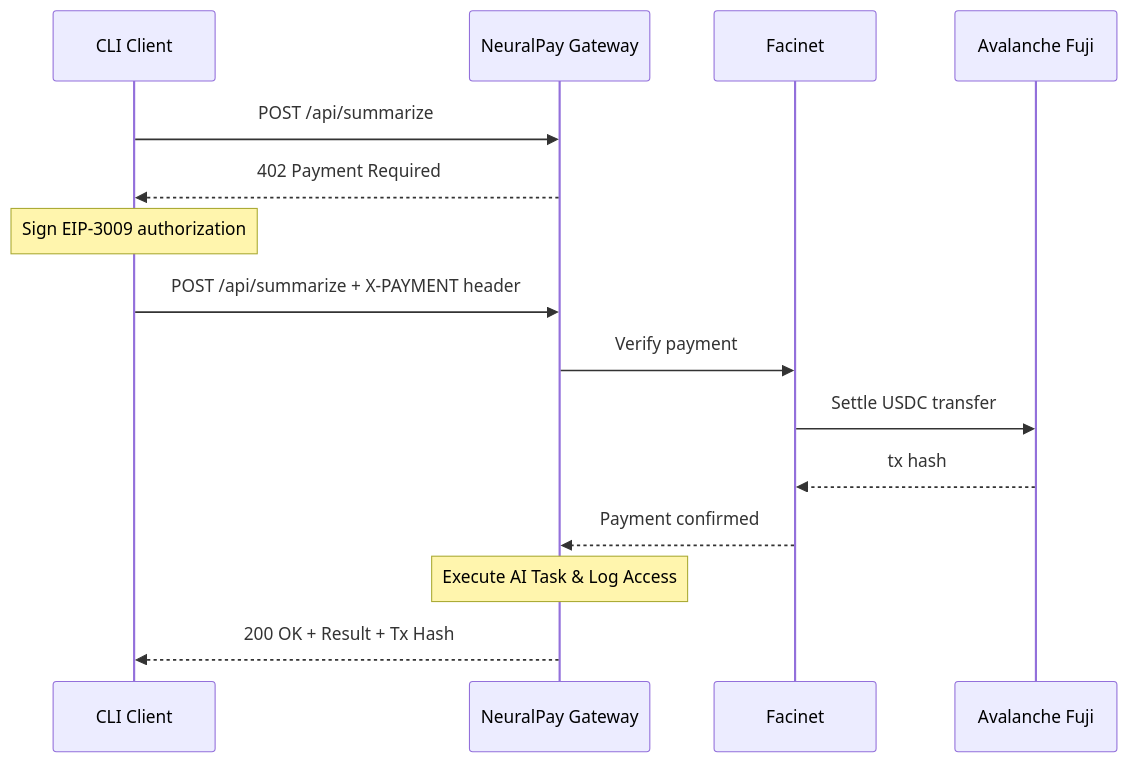
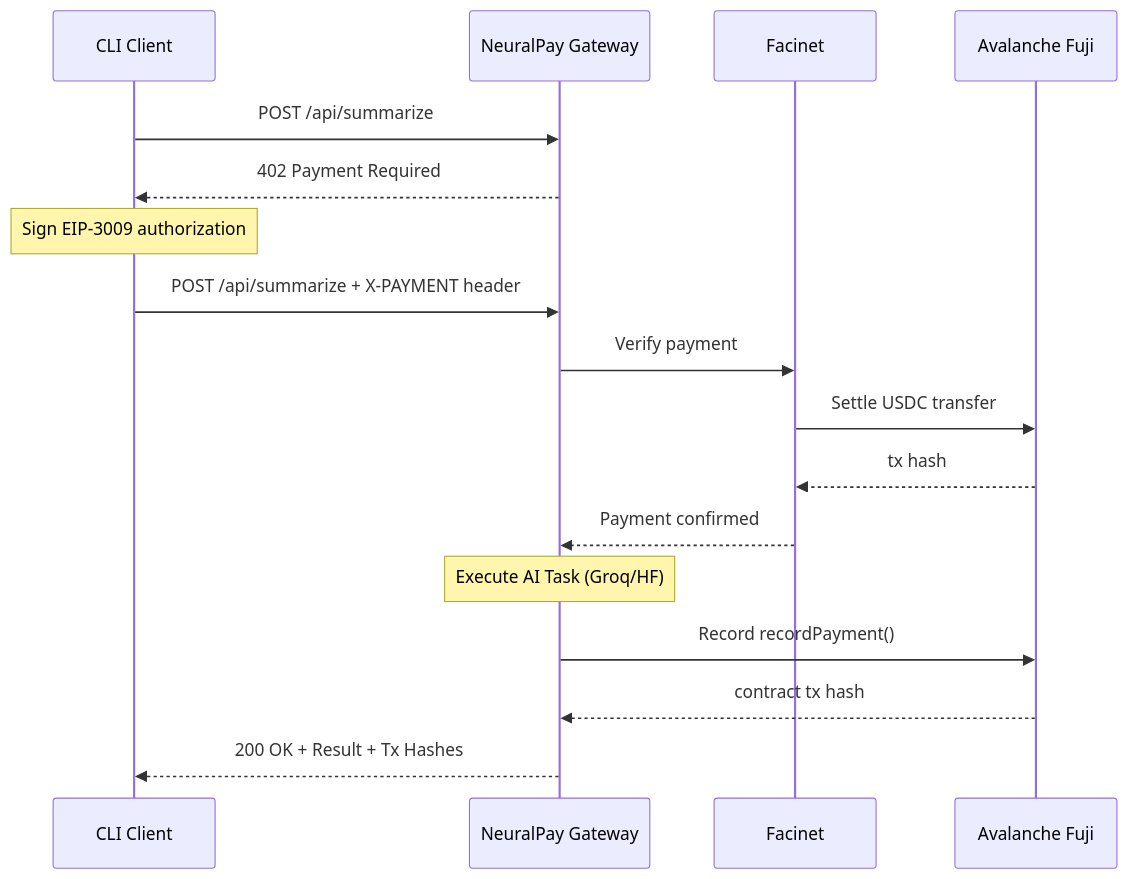
The second of 2 diagrams in README.md (sohansarkar07/MMM), drawn with Mermaid before and after one commit. The commit also changed other lines of this file, not shown here.

Commit message:
docs: Refine README with correct tech stack and sequence diagrams

````diff
--- a/README.md
+++ b/README.md
@@ -80,22 +82,25 @@
 ```mermaid
 sequenceDiagram
     participant C as CLI Client
     participant G as NeuralPay Gateway
     participant F as Facinet
     participant A as Avalanche Fuji
 
     C->>G: POST /api/summarize
     G-->>C: 402 Payment Required
     
     Note over C: Sign EIP-3009 authorization
     
     C->>G: POST /api/summarize + X-PAYMENT header
     G->>F: Verify payment
     F->>A: Settle USDC transfer
     A-->>F: tx hash
     F-->>G: Payment confirmed
     
-    Note over G: Execute AI Task & Log Access
+    Note over G: Execute AI Task (Groq/HF)
     
-    G-->>C: 200 OK + Result + Tx Hash
+    G->>A: Record recordPayment()
+    A-->>G: contract tx hash
+    
+    G-->>C: 200 OK + Result + Tx Hashes
 ```
````
